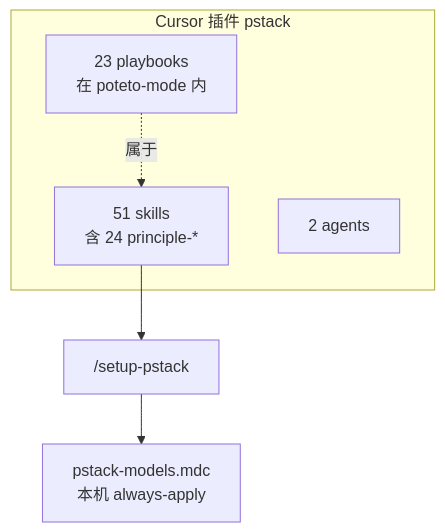
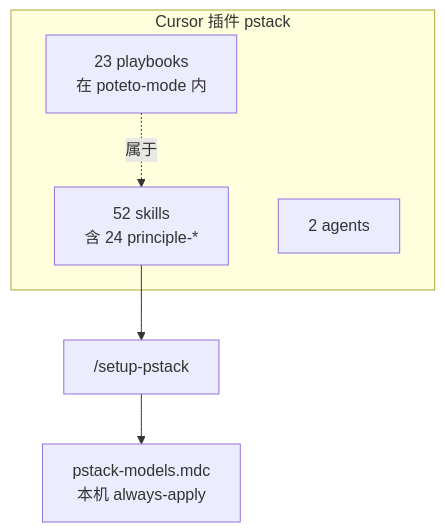
The first of 3 diagrams in tutorials/anatomy.md (fenfenxu/pstack-zh), drawn with Mermaid before and after one commit. The commit also changed other lines of this file and 54 other files, not shown here.

````diff
--- a/tutorials/anatomy.md
+++ b/tutorials/anatomy.md
@@ -28,11 +28,11 @@
 ```mermaid
 flowchart TB
   subgraph plugin["Cursor 插件 pstack"]
-    S["51 skills<br/>含 24 principle-*"]
+    S["52 skills<br/>含 24 principle-*"]
     A["2 agents"]
     PB["23 playbooks<br/>在 poteto-mode 内"]
   end
   SETUP["/setup-pstack"] --> R["pstack-models.mdc<br/>本机 always-apply"]
   S --> SETUP
   PB -.->|"属于"| S
 ```
````
